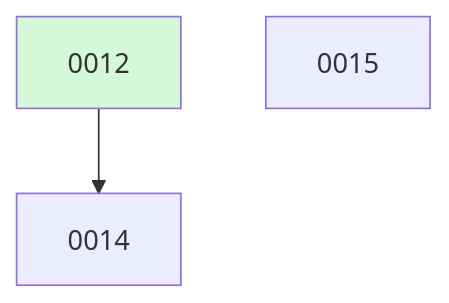
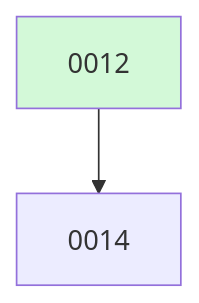
One commit to ethanhinson/fuse changed the diagram in docs/changes/BOARD.md. Above: the diagram before and after it, drawn with Mermaid. The commit also changed other lines of this file, not shown here.

````diff
--- a/docs/changes/BOARD.md
+++ b/docs/changes/BOARD.md
@@ -17,7 +11,6 @@
 ```mermaid
 graph TD
   0012 --> 0014
-  0015
   0012:::done
   classDef done fill:#d3f9d8;
 ```
````
